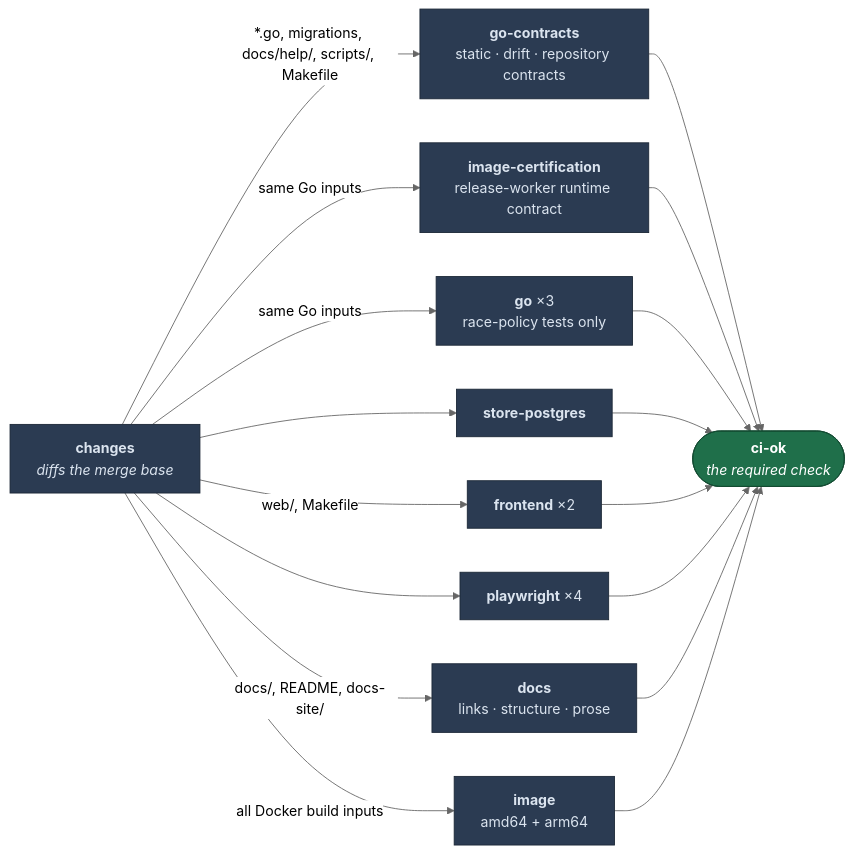
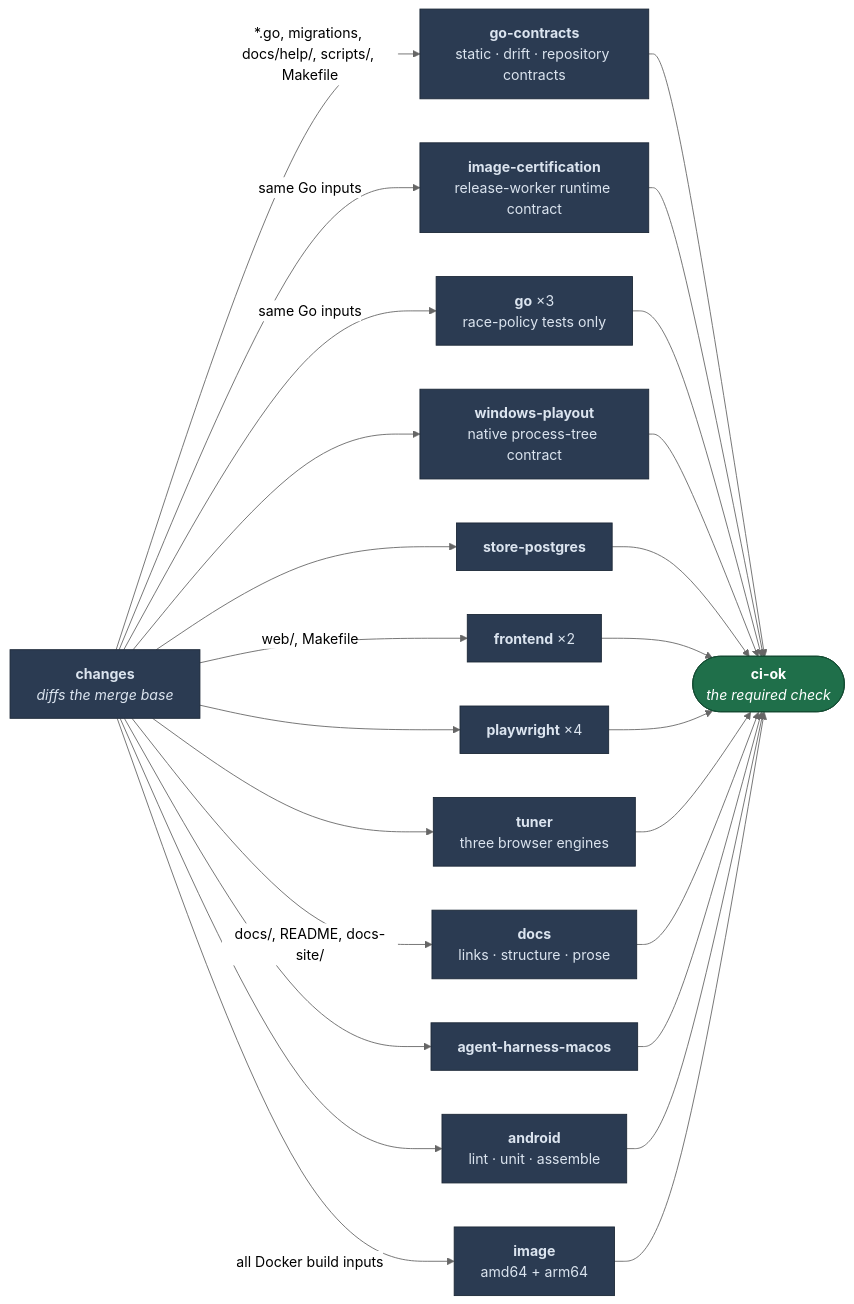
The diagram in docs/dev/ci.md (loomarr/loomarr), drawn with Mermaid (neutral theme) before and after one commit. The commit also changed other lines of this file and 7 other files, not shown here.

````diff
--- a/docs/dev/ci.md
+++ b/docs/dev/ci.md
@@ -3,35 +3,47 @@
 ```mermaid
 graph LR
   C["<b>changes</b><br/><i>diffs the merge base</i>"]
   GC["<b>go-contracts</b><br/>static · drift · repository contracts"]
   RC["<b>image-certification</b><br/>release-worker runtime contract"]
   G["<b>go</b> ×3<br/>race-policy tests only"]
+  X["<b>windows-playout</b><br/>native process-tree contract"]
   P["<b>store-postgres</b>"]
   F["<b>frontend</b> ×2"]
   W["<b>playwright</b> ×4"]
+  T["<b>tuner</b><br/>three browser engines"]
   D["<b>docs</b><br/>links · structure · prose"]
+  A["<b>agent-harness-macos</b>"]
+  N["<b>android</b><br/>lint · unit · assemble"]
   I["<b>image</b><br/>amd64 + arm64"]
   OK(["<b>ci-ok</b><br/><i>the required check</i>"])
 
   C -->|"*.go, migrations, docs/help/, scripts/, Makefile"| GC
   C -->|"same Go inputs"| G
   C -->|"same Go inputs"| RC
+  C --> X
   C --> P
   C -->|"web/, Makefile"| F
   C --> W
+  C --> T
   C -->|"docs/, README, docs-site/"| D
+  C --> A
+  C --> N
   C -->|"all Docker build inputs"| I
   GC --> OK
   RC --> OK
   G --> OK
+  X --> OK
   P --> OK
   F --> OK
   W --> OK
+  T --> OK
   D --> OK
+  A --> OK
+  N --> OK
   I --> OK
 
   classDef gate fill:#1f6f4a,stroke:#134a31,color:#fff
   classDef job fill:#2b3b52,stroke:#1b2736,color:#dbe4ef
   class OK gate
-  class C,GC,RC,G,P,F,W,D,I job
+  class C,GC,RC,G,X,P,F,W,T,D,A,N,I job
 ```
````
